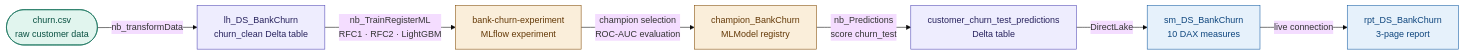
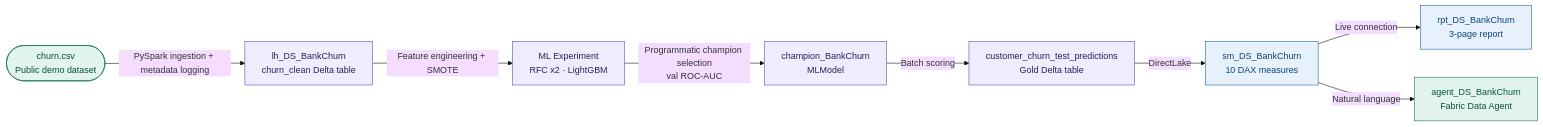
The diagram in ws_DS_BankChurn/README.md (alisaghilutfi/Fabric-Analytics-Projects), drawn with Mermaid (base theme) before and after one commit. The commit also changed other lines of this file and 2 other files, not shown here.

Commit message:
docs: add ws_DS_BankChurn README, dashboard screenshot, update root README

````diff
--- a/ws_DS_BankChurn/README.md
+++ b/ws_DS_BankChurn/README.md
@@ -25,17 +25,19 @@
 ```mermaid
 flowchart LR
-    A([churn.csv\nraw customer data]) -->|nb_transformData| B[lh_DS_BankChurn\nchurn_clean Delta table]
-    B -->|nb_TrainRegisterML\nRFC1 · RFC2 · LightGBM| C[bank-churn-experiment\nMLflow experiment]
-    C -->|champion selection\nROC-AUC evaluation| D[champion_BankChurn\nMLModel registry]
-    D -->|nb_Predictions\nscore churn_test| E[customer_churn_test_predictions\nDelta table]
+    A([churn.csv\nPublic demo dataset]) -->|PySpark ingestion + metadata logging| B[lh_DS_BankChurn\nchurn_clean Delta table]
+    B -->|Feature engineering + SMOTE| C[ML Experiment\nRFC x2 · LightGBM]
+    C -->|Programmatic champion selection\nval ROC-AUC| D[champion_BankChurn\nMLModel]
+    D -->|Batch scoring| E[customer_churn_test_predictions\nGold Delta table]
     E -->|DirectLake| F[sm_DS_BankChurn\n10 DAX measures]
-    F -->|live connection| G[rpt_DS_BankChurn\n3-page report]
+    F -->|Live connection| G[rpt_DS_BankChurn\n3-page report]
+    F -->|Natural language| H[agent_DS_BankChurn\nFabric Data Agent]
 
     style A fill:#E1F5EE,stroke:#0F6E56,color:#085041
     style B fill:#EEEDFE,stroke:#534AB7,color:#26215C
-    style C fill:#FAEEDA,stroke:#854F0B,color:#633806
-    style D fill:#FAEEDA,stroke:#854F0B,color:#633806
+    style C fill:#EEEDFE,stroke:#534AB7,color:#26215C
+    style D fill:#EEEDFE,stroke:#534AB7,color:#26215C
     style E fill:#EEEDFE,stroke:#534AB7,color:#26215C
     style F fill:#E6F1FB,stroke:#185FA5,color:#0C447C
     style G fill:#E6F1FB,stroke:#185FA5,color:#0C447C
+    style H fill:#E1F5EE,stroke:#0F6E56,color:#085041
 ```
````
